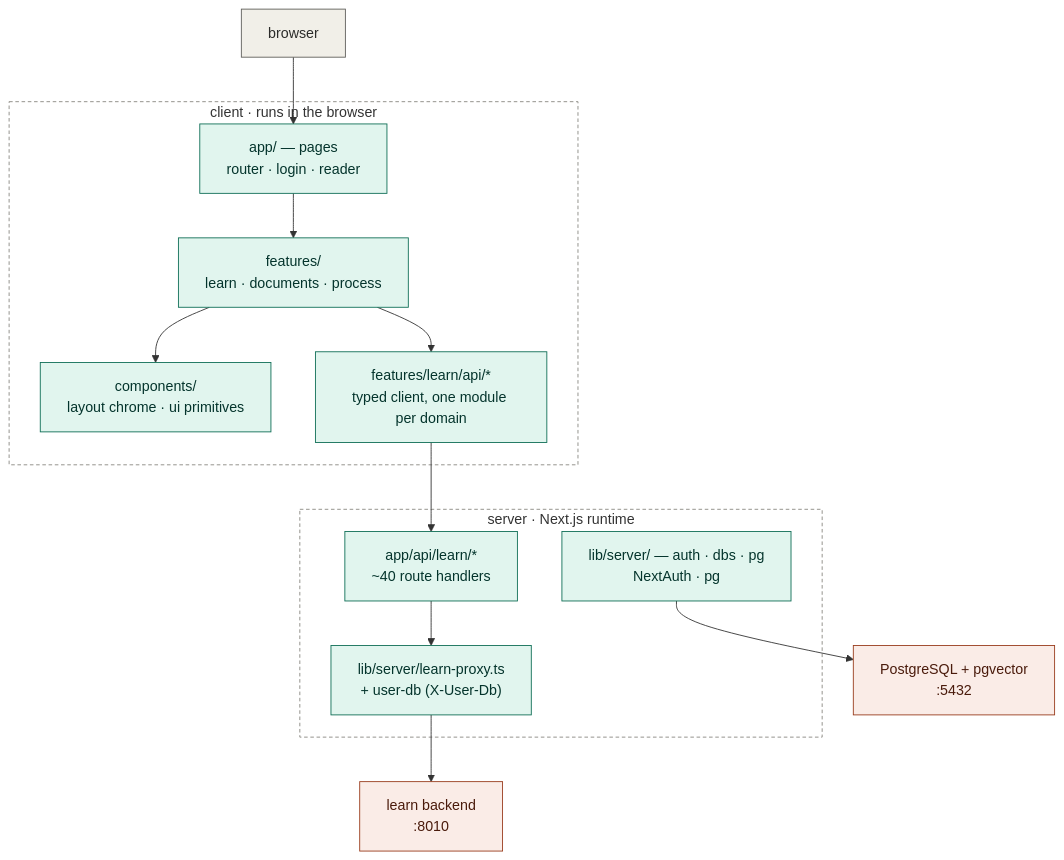
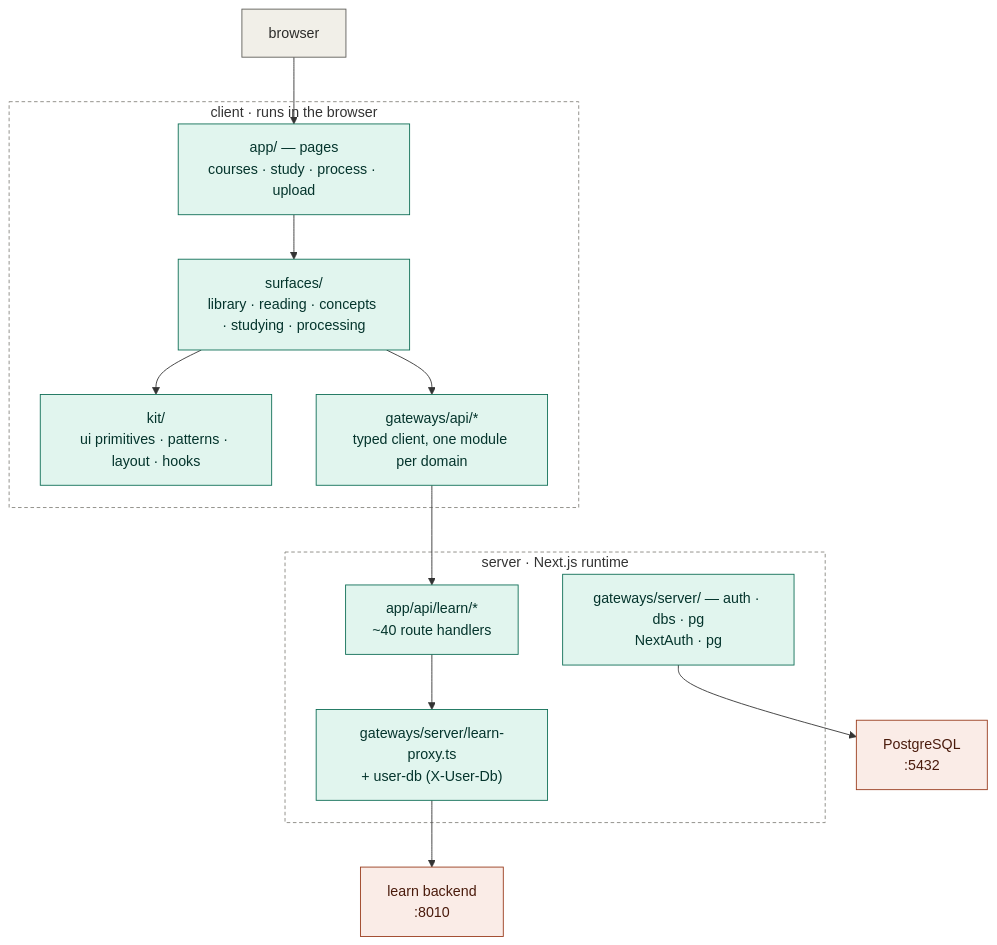
Before and after one commit to Aiden-Ferrante/learnhub-core: the third of 4 diagrams in MAP.md, drawn with Mermaid. The commit also changed other lines of this file and 461 other files, not shown here.

````diff
--- a/MAP.md
+++ b/MAP.md
@@ -273,46 +246,46 @@
 ```mermaid
 flowchart TD
   browser["browser"]
 
   subgraph client["client · runs in the browser"]
-    pages["app/ — pages<br/>router · login · reader"]
-    components["features/<br/>learn · documents · process"]
-    state["components/<br/>layout chrome · ui primitives"]
-    libc["features/learn/api/*<br/>typed client, one module per domain"]
+    pages["app/ — pages<br/>courses · study · process · upload"]
+    surfaces["surfaces/<br/>library · reading · concepts · studying · processing"]
+    kit["kit/<br/>ui primitives · patterns · layout · hooks"]
+    apiclient["gateways/api/*<br/>typed client, one module per domain"]
   end
 
   subgraph server["server · Next.js runtime"]
     apiroutes["app/api/learn/*<br/>~40 route handlers"]
-    proxy["lib/server/learn-proxy.ts<br/>+ user-db (X-User-Db)"]
-    authlib["lib/server/ — auth · dbs · pg<br/>NextAuth · pg"]
+    proxy["gateways/server/learn-proxy.ts<br/>+ user-db (X-User-Db)"]
+    authlib["gateways/server/ — auth · dbs · pg<br/>NextAuth · pg"]
   end
 
   backend["learn backend<br/>:8010"]
-  pgdb["PostgreSQL + pgvector<br/>:5432"]
+  pgdb["PostgreSQL<br/>:5432"]
 
   browser --> pages
-  pages --> components
-  components --> state
-  components --> libc
-  libc --> apiroutes
+  pages --> surfaces
+  surfaces --> kit
+  surfaces --> apiclient
+  apiclient --> apiroutes
   apiroutes --> proxy
   proxy --> backend
   authlib --> pgdb
 
   classDef ext fill:#F1EFE8,stroke:#5F5E5A,color:#2C2C2A;
   classDef code fill:#E1F5EE,stroke:#0F6E56,color:#04342C;
   classDef svc fill:#FAECE7,stroke:#993C1D,color:#4A1B0C;
   class browser ext;
-  class pages,components,state,libc,apiroutes,proxy,authlib code;
+  class pages,surfaces,kit,apiclient,apiroutes,proxy,authlib code;
   class backend,pgdb svc;
   style client fill:none,stroke:#888780,stroke-dasharray:4 3;
   style server fill:none,stroke:#888780,stroke-dasharray:4 3;
 
-  click pages "https://github.com/Aiden-Ferrante/learnhub/tree/main/frontend/app"
-  click components "https://github.com/Aiden-Ferrante/learnhub/tree/main/frontend/features"
-  click state "https://github.com/Aiden-Ferrante/learnhub/tree/main/frontend/components"
-  click libc "https://github.com/Aiden-Ferrante/learnhub/tree/main/frontend/features/learn/api"
-  click apiroutes "https://github.com/Aiden-Ferrante/learnhub/tree/main/frontend/app/api/learn"
-  click proxy "https://github.com/Aiden-Ferrante/learnhub/blob/main/frontend/lib/server/learn-proxy.ts"
-  click authlib "https://github.com/Aiden-Ferrante/learnhub/tree/main/frontend/lib/server"
+  click pages "https://github.com/Aiden-Ferrante/learnhub/tree/main/frontend/src/app"
+  click surfaces "https://github.com/Aiden-Ferrante/learnhub/tree/main/frontend/src/surfaces"
+  click kit "https://github.com/Aiden-Ferrante/learnhub/tree/main/frontend/src/kit"
+  click apiclient "https://github.com/Aiden-Ferrante/learnhub/tree/main/frontend/src/gateways/api"
+  click apiroutes "https://github.com/Aiden-Ferrante/learnhub/tree/main/frontend/src/app/api/learn"
+  click proxy "https://github.com/Aiden-Ferrante/learnhub/blob/main/frontend/src/gateways/server/learn-proxy.ts"
+  click authlib "https://github.com/Aiden-Ferrante/learnhub/tree/main/frontend/src/gateways/server"
 ```
````
